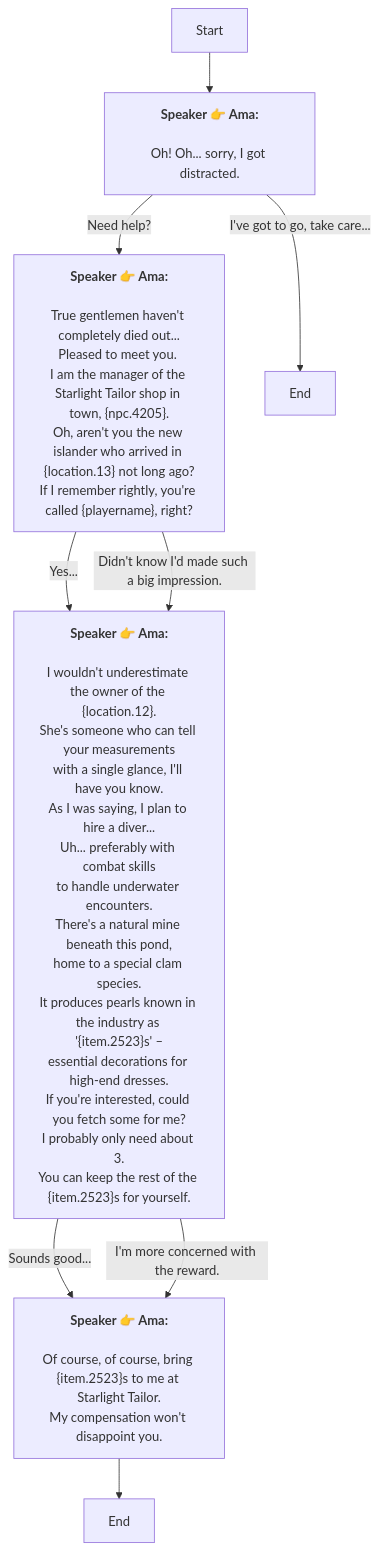
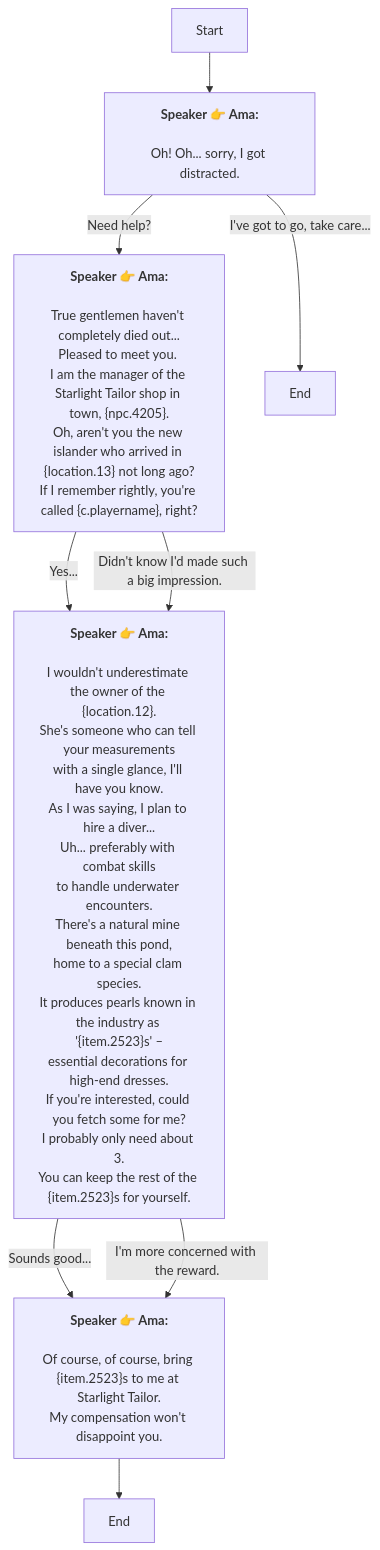
The diagram in En/Dialog_55200027322565.md (SoftHu/tos_avg), drawn with Mermaid before and after one commit. The commit also changed 410 other files, not shown here.

````diff
--- a/En/Dialog_55200027322565.md
+++ b/En/Dialog_55200027322565.md
@@ -1,39 +1,39 @@
 ```mermaid
 graph
 Start -->1766400910248730[<b>Speaker 👉 Ama:</b>
 \nOh! Oh... sorry, I got distracted.]
 1766400910248730 -->|Need help?|1766400910250782[<b>Speaker 👉 Ama:</b>
 \nTrue gentlemen haven't completely died out...
 Pleased to meet you. 
 I am the manager of the Starlight Tailor shop in town, &lbrace;npc.4205&rbrace;.\nOh, aren't you the new islander who arrived in &lbrace;location.13&rbrace; not long ago?
-If I remember rightly, you're called &lbrace;playername&rbrace;, right?]
+If I remember rightly, you're called &lbrace;c.playername&rbrace;, right?]
 1766400910248730 -->|I've got to go, take care...|1766400910257960[End]
 1766400910250782 -->|Yes...|1766400910254882[<b>Speaker 👉 Ama:</b>
 \nI wouldn't underestimate the owner of the &lbrace;location.12&rbrace;.
 She's someone who can tell your measurements
 with a single glance, I'll have you know.\nAs I was saying, I plan to hire a diver...
 Uh... preferably with combat skills
 to handle underwater encounters.\nThere's a natural mine beneath this pond,
 home to a special clam species.\nIt produces pearls known in the industry as '&lbrace;item.2523&rbrace;s' –
 essential decorations for high-end dresses.\nIf you're interested, could you fetch some for me?
 I probably only need about 3.
 You can keep the rest of the &lbrace;item.2523&rbrace;s for yourself.]
 1766400910250782 -->|Didn't know I'd made such a big impression.|1766400910254882[<b>Speaker 👉 Ama:</b>
 \nI wouldn't underestimate the owner of the &lbrace;location.12&rbrace;.
 She's someone who can tell your measurements
 with a single glance, I'll have you know.\nAs I was saying, I plan to hire a diver...
 Uh... preferably with combat skills
 to handle underwater encounters.\nThere's a natural mine beneath this pond,
 home to a special clam species.\nIt produces pearls known in the industry as '&lbrace;item.2523&rbrace;s' –
 essential decorations for high-end dresses.\nIf you're interested, could you fetch some for me?
 I probably only need about 3.
 You can keep the rest of the &lbrace;item.2523&rbrace;s for yourself.]
 1766400910254882 -->|Sounds good...|1766400910256934[<b>Speaker 👉 Ama:</b>
 \nOf course, of course, bring &lbrace;item.2523&rbrace;s to me at Starlight Tailor.
 My compensation won't disappoint you.]
 1766400910254882 -->|I'm more concerned with the reward.|1766400910256934[<b>Speaker 👉 Ama:</b>
 \nOf course, of course, bring &lbrace;item.2523&rbrace;s to me at Starlight Tailor.
 My compensation won't disappoint you.]
 1766400910256934 -->1766400910256935[End]
 
 ```
````
